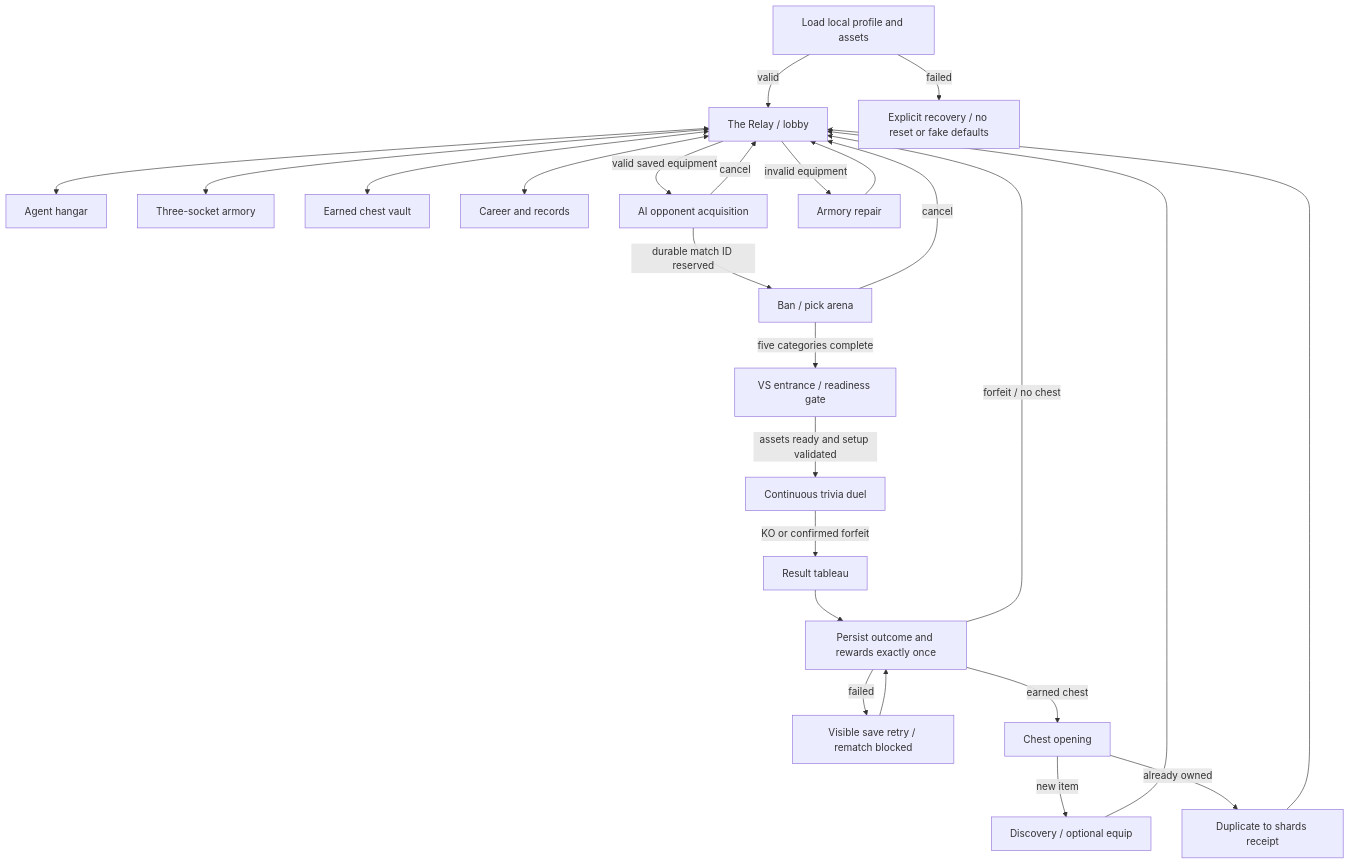
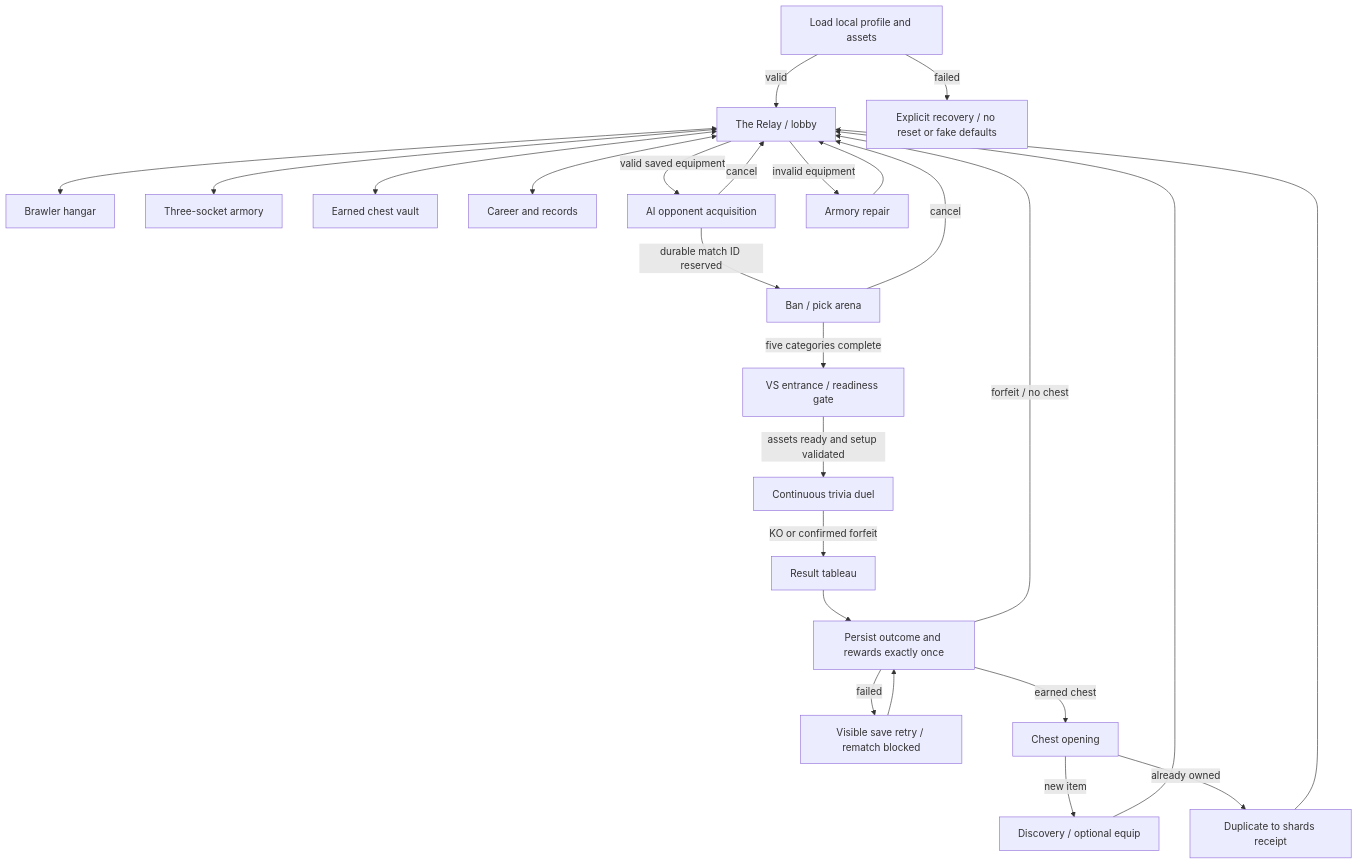
One commit to rohitvarma96/Jeopardy changed the diagram in docs/GAME_EXPERIENCE_BLUEPRINT.md. Above: the diagram before and after it, drawn with Mermaid. The commit also changed other lines of this file and 212 other files, not shown here.

````diff
--- a/docs/GAME_EXPERIENCE_BLUEPRINT.md
+++ b/docs/GAME_EXPERIENCE_BLUEPRINT.md
@@ -103,27 +111,27 @@
 ```mermaid
 flowchart TD
   Boot[Load local profile and assets] -->|valid| Lobby[The Relay / lobby]
   Boot -->|failed| Recovery[Explicit recovery / no reset or fake defaults]
-  Lobby <--> Agents[Agent hangar]
+  Lobby <--> Brawlers[Brawler hangar]
   Lobby <--> Armory[Three-socket armory]
   Lobby <--> Vault[Earned chest vault]
   Lobby <--> Career[Career and records]
   Lobby -->|valid saved equipment| Queue[AI opponent acquisition]
   Lobby -->|invalid equipment| Repair[Armory repair]
   Repair --> Lobby
   Queue -->|cancel| Lobby
   Queue -->|durable match ID reserved| Draft[Ban / pick arena]
   Draft -->|cancel| Lobby
   Draft -->|five categories complete| Entrance[VS entrance / readiness gate]
   Entrance -->|assets ready and setup validated| Battle[Continuous trivia duel]
   Battle -->|KO or confirmed forfeit| Result[Result tableau]
   Result --> Save[Persist outcome and rewards exactly once]
   Save -->|failed| Retry[Visible save retry / rematch blocked]
   Retry --> Save
   Save -->|earned chest| Reveal[Chest opening]
   Save -->|forfeit / no chest| Lobby
   Reveal -->|new item| Discovery[Discovery / optional equip]
   Reveal -->|already owned| Duplicate[Duplicate to shards receipt]
   Discovery --> Lobby
   Duplicate --> Lobby
 ```
````
